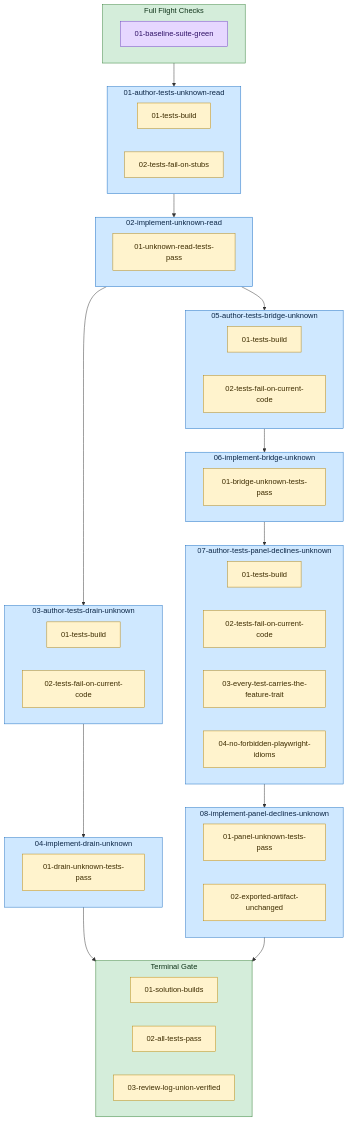
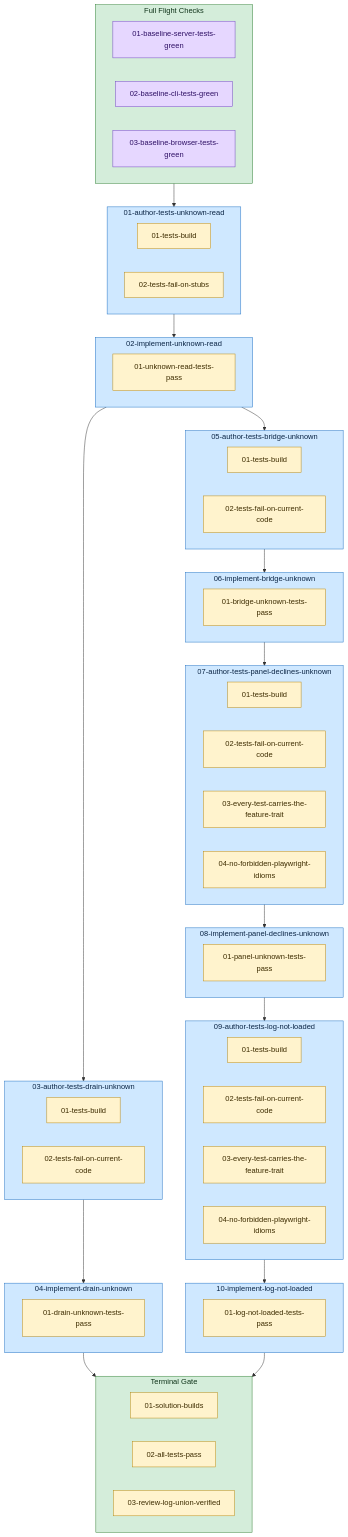
One commit to Servant-Software-LLC/Charter changed the diagram in docs/plans/221-review-log-unknown-state.charter/diagram.md. Above: the diagram before and after it, drawn with Mermaid. The commit also changed other lines of this file and 33 other files, not shown here.

````diff
--- a/docs/plans/221-review-log-unknown-state.charter/diagram.md
+++ b/docs/plans/221-review-log-unknown-state.charter/diagram.md
@@ -3,64 +3,78 @@
 ```mermaid
 flowchart TD
   subgraph plan_preflights["Full Flight Checks"]
-    plan_preflights_0["01-baseline-suite-green"]:::preflight
+    plan_preflights_0["01-baseline-server-tests-green"]:::preflight
+    plan_preflights_1["02-baseline-cli-tests-green"]:::preflight
+    plan_preflights_2["03-baseline-browser-tests-green"]:::preflight
   end
   style plan_preflights fill:#d4edda,stroke:#2e7d32,color:#10341a;
   subgraph task_01_author_tests_unknown_read["01-author-tests-unknown-read"]
     task_01_author_tests_unknown_read_gr_0["01-tests-build"]:::guardrail
     task_01_author_tests_unknown_read_gr_1["02-tests-fail-on-stubs"]:::guardrail
   end
   style task_01_author_tests_unknown_read fill:#cfe8ff,stroke:#1b6ec2,color:#0b2545;
   subgraph task_02_implement_unknown_read["02-implement-unknown-read"]
     task_02_implement_unknown_read_gr_0["01-unknown-read-tests-pass"]:::guardrail
   end
   style task_02_implement_unknown_read fill:#cfe8ff,stroke:#1b6ec2,color:#0b2545;
   subgraph task_03_author_tests_drain_unknown["03-author-tests-drain-unknown"]
     task_03_author_tests_drain_unknown_gr_0["01-tests-build"]:::guardrail
     task_03_author_tests_drain_unknown_gr_1["02-tests-fail-on-current-code"]:::guardrail
   end
   style task_03_author_tests_drain_unknown fill:#cfe8ff,stroke:#1b6ec2,color:#0b2545;
   subgraph task_04_implement_drain_unknown["04-implement-drain-unknown"]
     task_04_implement_drain_unknown_gr_0["01-drain-unknown-tests-pass"]:::guardrail
   end
   style task_04_implement_drain_unknown fill:#cfe8ff,stroke:#1b6ec2,color:#0b2545;
   subgraph task_05_author_tests_bridge_unknown["05-author-tests-bridge-unknown"]
     task_05_author_tests_bridge_unknown_gr_0["01-tests-build"]:::guardrail
     task_05_author_tests_bridge_unknown_gr_1["02-tests-fail-on-current-code"]:::guardrail
   end
   style task_05_author_tests_bridge_unknown fill:#cfe8ff,stroke:#1b6ec2,color:#0b2545;
   subgraph task_06_implement_bridge_unknown["06-implement-bridge-unknown"]
     task_06_implement_bridge_unknown_gr_0["01-bridge-unknown-tests-pass"]:::guardrail
   end
   style task_06_implement_bridge_unknown fill:#cfe8ff,stroke:#1b6ec2,color:#0b2545;
   subgraph task_07_author_tests_panel_declines_unknown["07-author-tests-panel-declines-unknown"]
     task_07_author_tests_panel_declines_unknown_gr_0["01-tests-build"]:::guardrail
     task_07_author_tests_panel_declines_unknown_gr_1["02-tests-fail-on-current-code"]:::guardrail
     task_07_author_tests_panel_declines_unknown_gr_2["03-every-test-carries-the-feature-trait"]:::guardrail
     task_07_author_tests_panel_declines_unknown_gr_3["04-no-forbidden-playwright-idioms"]:::guardrail
   end
   style task_07_author_tests_panel_declines_unknown fill:#cfe8ff,stroke:#1b6ec2,color:#0b2545;
   subgraph task_08_implement_panel_declines_unknown["08-implement-panel-declines-unknown"]
     task_08_implement_panel_declines_unknown_gr_0["01-panel-unknown-tests-pass"]:::guardrail
-    task_08_implement_panel_declines_unknown_gr_1["02-exported-artifact-unchanged"]:::guardrail
   end
   style task_08_implement_panel_declines_unknown fill:#cfe8ff,stroke:#1b6ec2,color:#0b2545;
+  subgraph task_09_author_tests_log_not_loaded["09-author-tests-log-not-loaded"]
+    task_09_author_tests_log_not_loaded_gr_0["01-tests-build"]:::guardrail
+    task_09_author_tests_log_not_loaded_gr_1["02-tests-fail-on-current-code"]:::guardrail
+    task_09_author_tests_log_not_loaded_gr_2["03-every-test-carries-the-feature-trait"]:::guardrail
+    task_09_author_tests_log_not_loaded_gr_3["04-no-forbidden-playwright-idioms"]:::guardrail
+  end
+  style task_09_author_tests_log_not_loaded fill:#cfe8ff,stroke:#1b6ec2,color:#0b2545;
+  subgraph task_10_implement_log_not_loaded["10-implement-log-not-loaded"]
+    task_10_implement_log_not_loaded_gr_0["01-log-not-loaded-tests-pass"]:::guardrail
+  end
+  style task_10_implement_log_not_loaded fill:#cfe8ff,stroke:#1b6ec2,color:#0b2545;
   subgraph plan_guardrails["Terminal Gate"]
     plan_guardrails_0["01-solution-builds"]:::guardrail
     plan_guardrails_1["02-all-tests-pass"]:::guardrail
     plan_guardrails_2["03-review-log-union-verified"]:::guardrail
   end
   style plan_guardrails fill:#d4edda,stroke:#2e7d32,color:#10341a;
   plan_preflights --> task_01_author_tests_unknown_read
   task_01_author_tests_unknown_read --> task_02_implement_unknown_read
   task_02_implement_unknown_read --> task_03_author_tests_drain_unknown
   task_02_implement_unknown_read --> task_05_author_tests_bridge_unknown
   task_03_author_tests_drain_unknown --> task_04_implement_drain_unknown
   task_05_author_tests_bridge_unknown --> task_06_implement_bridge_unknown
   task_06_implement_bridge_unknown --> task_07_author_tests_panel_declines_unknown
   task_07_author_tests_panel_declines_unknown --> task_08_implement_panel_declines_unknown
+  task_08_implement_panel_declines_unknown --> task_09_author_tests_log_not_loaded
+  task_09_author_tests_log_not_loaded --> task_10_implement_log_not_loaded
   task_04_implement_drain_unknown --> plan_guardrails
-  task_08_implement_panel_declines_unknown --> plan_guardrails
+  task_10_implement_log_not_loaded --> plan_guardrails
   classDef preflight fill:#e6d7ff,stroke:#6f42c1,color:#2e1065;
   classDef guardrail fill:#fff3cd,stroke:#b8860b,color:#3d2c00;
 ```
````
